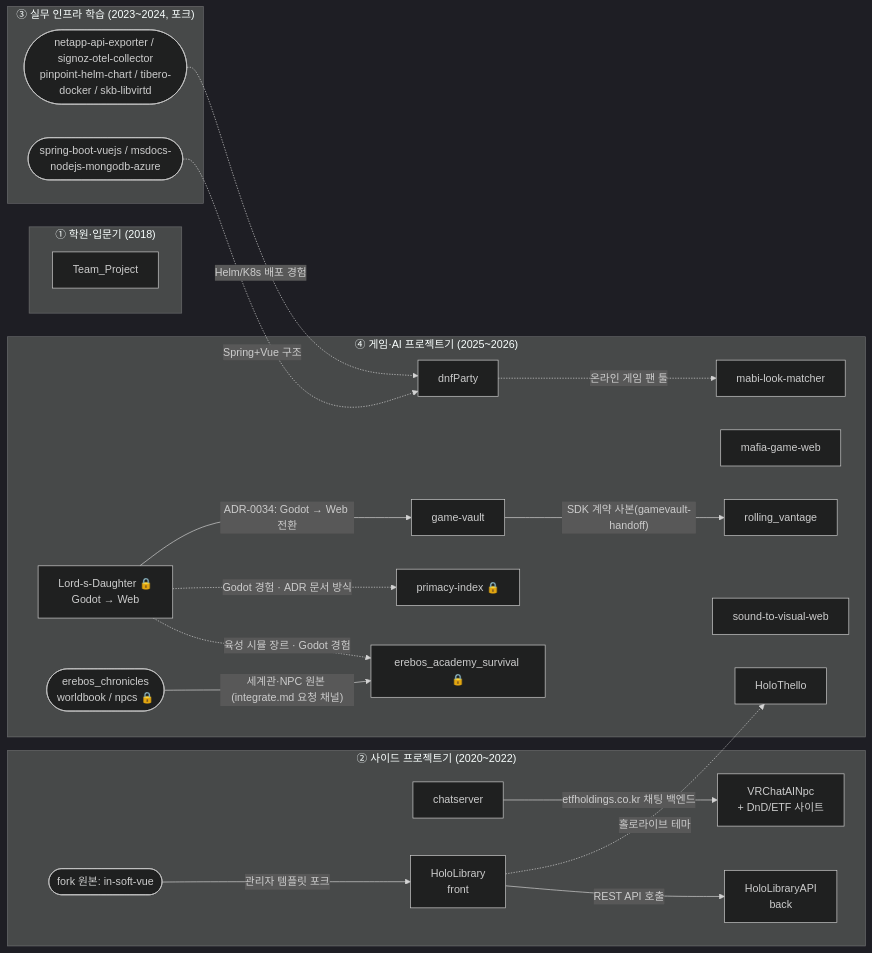
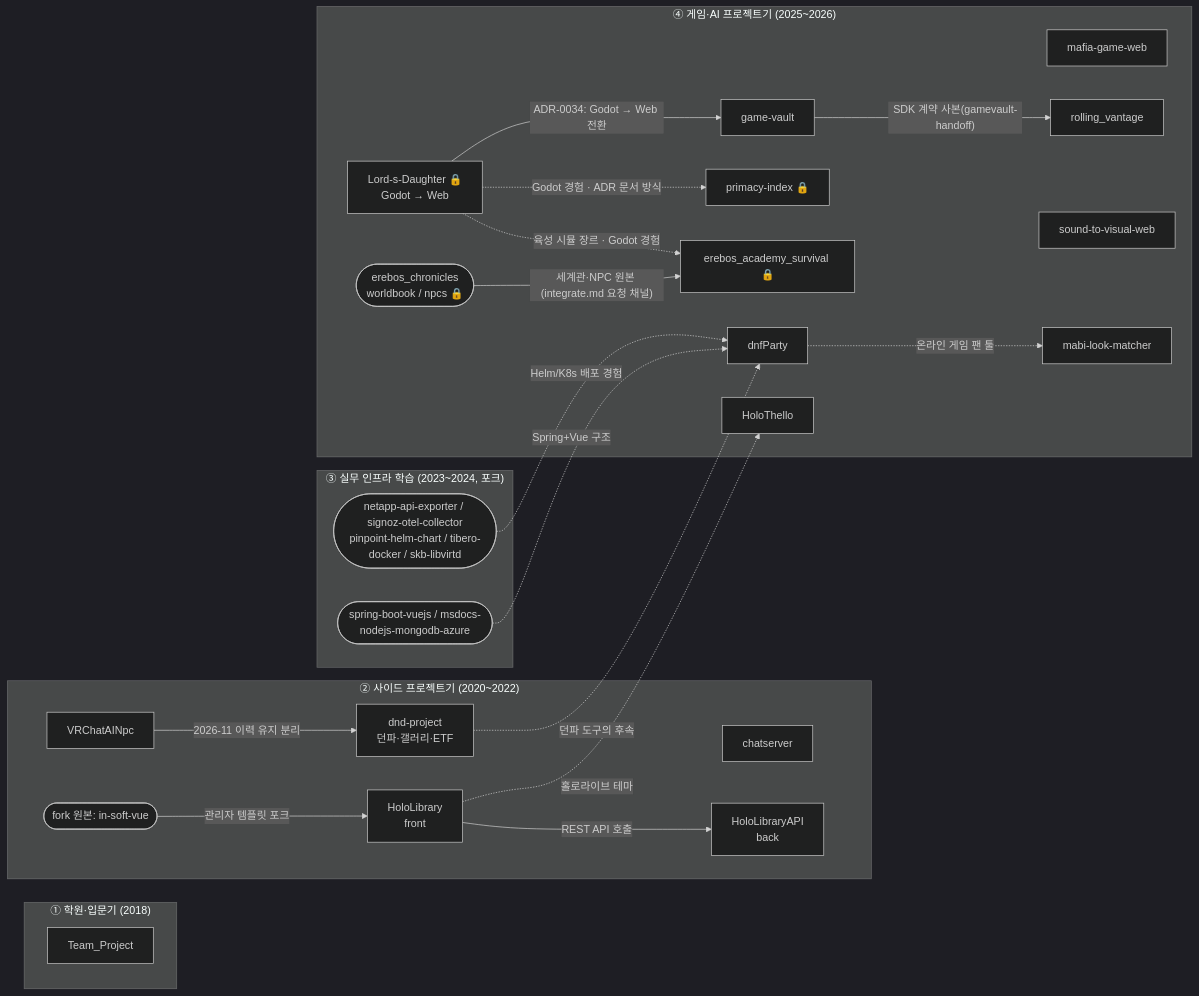
One commit to kalraid/private_wiki changed the diagram in repos/README.md. Above: the diagram before and after it, drawn with Mermaid (dark theme). The commit also changed other lines of this file and 2 other files, not shown here.

Commit message:
Split dnd-project out of VRChatAINpc in dashboard and analysis

````diff
--- a/repos/README.md
+++ b/repos/README.md
@@ -34,47 +35,49 @@
 ```mermaid
 flowchart LR
   subgraph S1["① 학원·입문기 (2018)"]
     TP[Team_Project]
   end
 
   subgraph S2["② 사이드 프로젝트기 (2020~2022)"]
-    VR[VRChatAINpc<br/>+ DnD/ETF 사이트]
+    VR[VRChatAINpc]
+    DND[dnd-project<br/>던파·갤러리·ETF]
     CS[chatserver]
     HL[HoloLibrary<br/>front]
     HLA[HoloLibraryAPI<br/>back]
     INS([fork 원본: in-soft-vue])
   end
 
   subgraph S3["③ 실무 인프라 학습 (2023~2024, 포크)"]
     F1([netapp-api-exporter / signoz-otel-collector<br/>pinpoint-helm-chart / tibero-docker / skb-libvirtd])
     F2([spring-boot-vuejs / msdocs-nodejs-mongodb-azure])
   end
 
   subgraph S4["④ 게임·AI 프로젝트기 (2025~2026)"]
     HT[HoloThello]
     DNF[dnfParty]
     MAF[mafia-game-web]
     MABI[mabi-look-matcher]
     STV[sound-to-visual-web]
     GV[game-vault]
     RV[rolling_vantage]
     LD[Lord-s-Daughter 🔒<br/>Godot → Web]
     ER[erebos_academy_survival 🔒]
     EW([erebos_chronicles<br/>worldbook / npcs 🔒])
     PI[primacy-index 🔒]
   end
 
   EW -- "세계관·NPC 원본 (integrate.md 요청 채널)" --> ER
   LD -. "육성 시뮬 장르 · Godot 경험" .-> ER
   LD -. "Godot 경험 · ADR 문서 방식" .-> PI
 
-  CS -- "etfholdings.co.kr 채팅 백엔드" --> VR
+  VR -- "2026-11 이력 유지 분리" --> DND
+  DND -. "던파 도구의 후속" .-> DNF
   INS -- "관리자 템플릿 포크" --> HL
   HL -- "REST API 호출" --> HLA
   HL -. "홀로라이브 테마" .-> HT
   F1 -. "Helm/K8s 배포 경험" .-> DNF
   F2 -. "Spring+Vue 구조" .-> DNF
   GV -- "SDK 계약 사본(gamevault-handoff)" --> RV
   LD -- "ADR-0034: Godot → Web 전환" --> GV
   DNF -. "온라인 게임 팬 툴" .-> MABI
 ```
````
